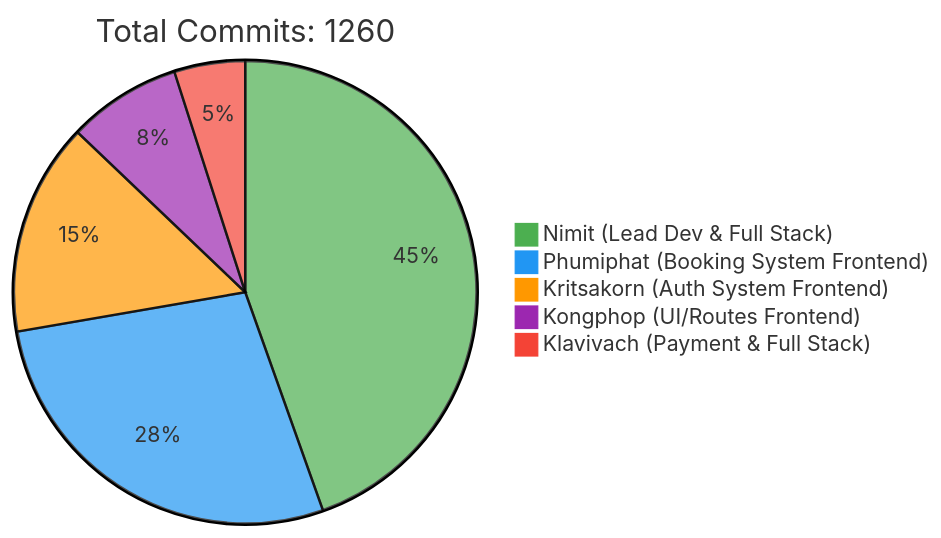
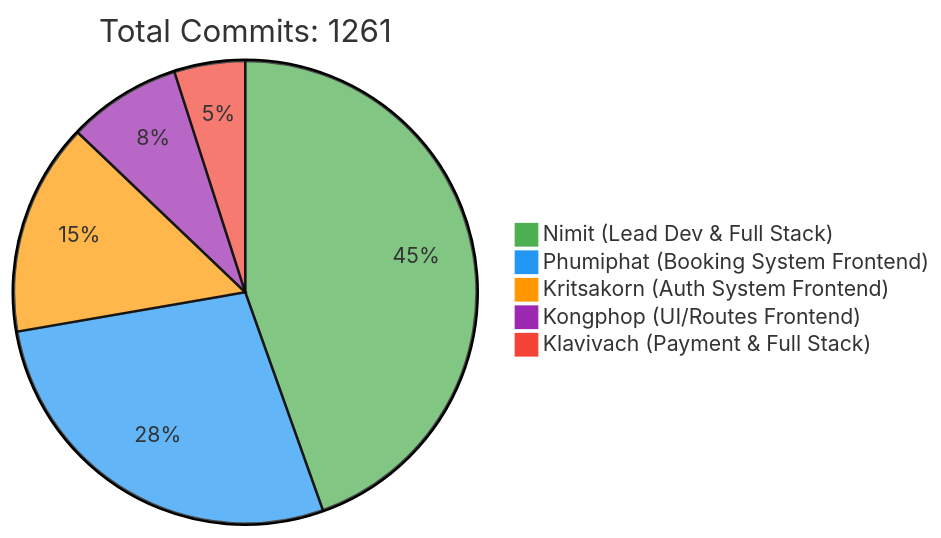
The first of 2 diagrams in README.md (6531503042/Sport-Complex), drawn with Mermaid before and after one commit. The commit also changed other lines of this file, not shown here.

Commit message:
docs: Update contributor statistics [skip ci]

````diff
--- a/README.md
+++ b/README.md
@@ -257,10 +257,10 @@
 ```mermaid
 %%{init: {'theme': 'base', 'themeVariables': { 'pie1': '#4CAF50', 'pie2': '#2196F3', 'pie3': '#FF9800', 'pie4': '#9C27B0', 'pie5': '#F44336'}}}%%
 pie
-    title Total Commits: 1260
+    title Total Commits: 1261
     "Nimit (Lead Dev & Full Stack)" : 450
     "Phumiphat (Booking System Frontend)" : 280
     "Kritsakorn (Auth System Frontend)" : 150
     "Kongphop (UI/Routes Frontend)" : 80
     "Klavivach (Payment & Full Stack)" : 50
 ```
````
